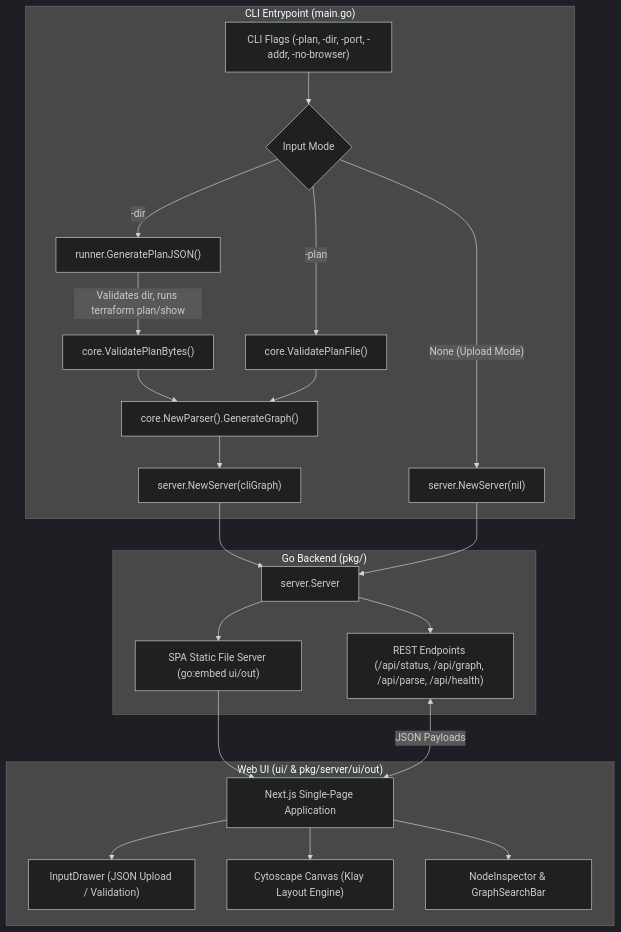
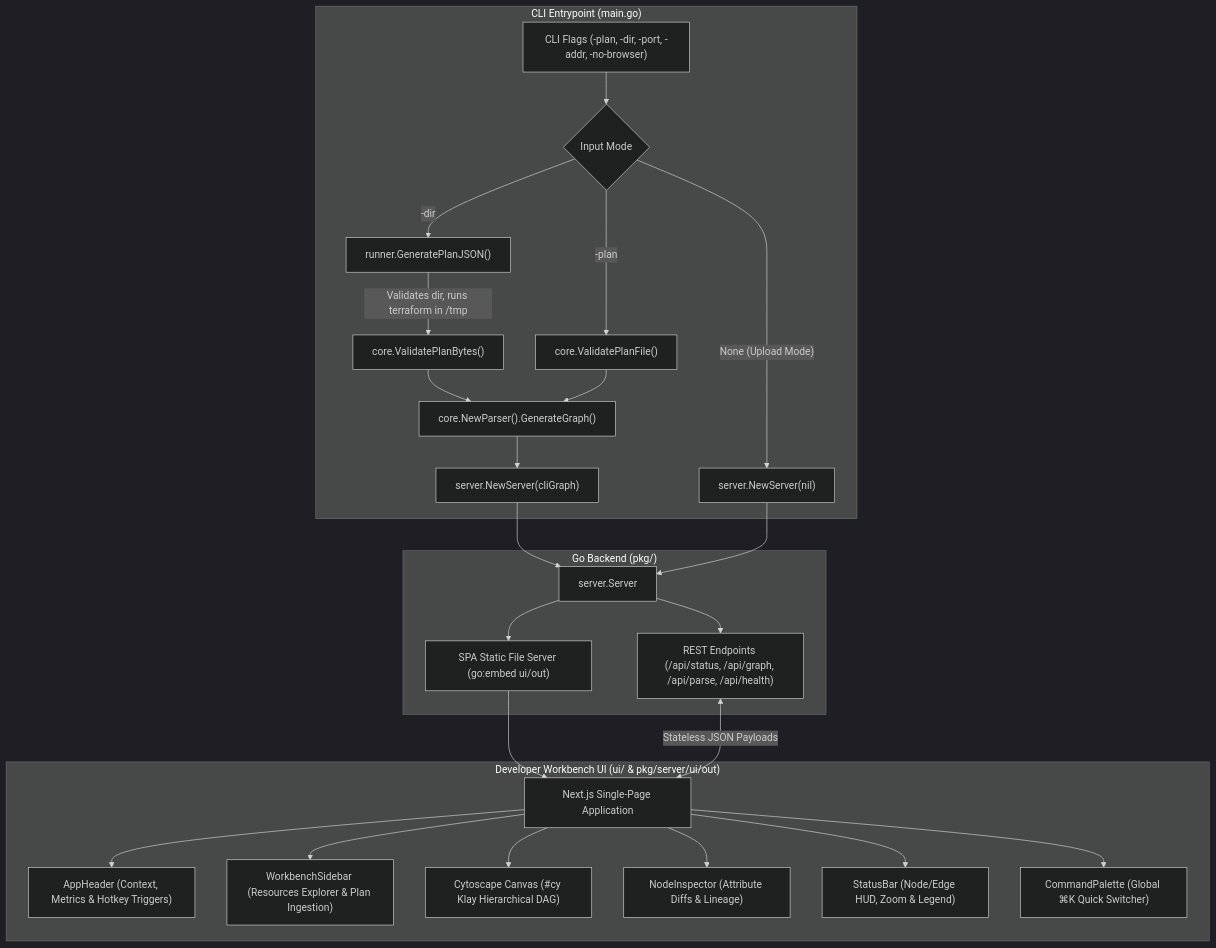
The first of 3 diagrams in README.md (AatirNadim/plan-parse), drawn with Mermaid (dark theme) before and after one commit. The commit also changed other lines of this file and 6 other files, not shown here.

First line of the commit message:
refactor: Revamp UI documentation and component architecture for Developer Workbench

````diff
--- a/README.md
+++ b/README.md
@@ -16,29 +16,32 @@
 ```mermaid
 flowchart TD
     subgraph CLI["CLI Entrypoint (main.go)"]
         A["CLI Flags (-plan, -dir, -port, -addr, -no-browser)"] --> B{"Input Mode"}
         B -->|"-plan <file>"| C["core.ValidatePlanFile()"]
         B -->|"-dir <path>"| D["runner.GeneratePlanJSON()"]
         B -->|"None (Upload Mode)"| E["server.NewServer(nil)"]
-        D -->|Validates dir, runs terraform plan/show| C2["core.ValidatePlanBytes()"]
+        D -->|Validates dir, runs terraform in /tmp| C2["core.ValidatePlanBytes()"]
         C2 --> F["core.NewParser().GenerateGraph()"]
         C --> F
         F --> G["server.NewServer(cliGraph)"]
     end
 
     subgraph Backend["Go Backend (pkg/)"]
         G --> H["server.Server"]
         E --> H
         H --> I["REST Endpoints (/api/status, /api/graph, /api/parse, /api/health)"]
         H --> J["SPA Static File Server (go:embed ui/out)"]
     end
 
-    subgraph Frontend["Web UI (ui/ & pkg/server/ui/out)"]
+    subgraph Frontend["Developer Workbench UI (ui/ & pkg/server/ui/out)"]
         J --> K["Next.js Single-Page Application"]
-        K --> L["InputDrawer (JSON Upload / Validation)"]
-        K --> M["Cytoscape Canvas (Klay Layout Engine)"]
-        K --> N["NodeInspector & GraphSearchBar"]
+        K --> L["AppHeader (Context, Metrics & Hotkey Triggers)"]
+        K --> M["WorkbenchSidebar (Resources Explorer & Plan Ingestion)"]
+        K --> N["Cytoscape Canvas (#cy Klay Hierarchical DAG)"]
+        K --> O["NodeInspector (Attribute Diffs & Lineage)"]
+        K --> P["StatusBar (Node/Edge HUD, Zoom & Legend)"]
+        K --> Q["CommandPalette (Global ⌘K Quick Switcher)"]
     end
 
-    I <-->|JSON Payloads| K
+    I <-->|Stateless JSON Payloads| K
 ```
````
